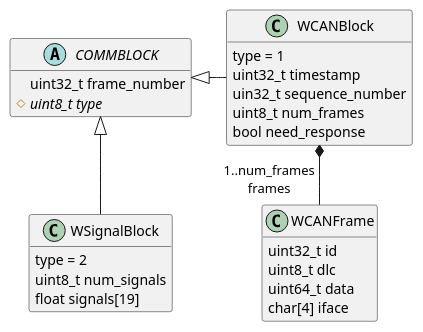
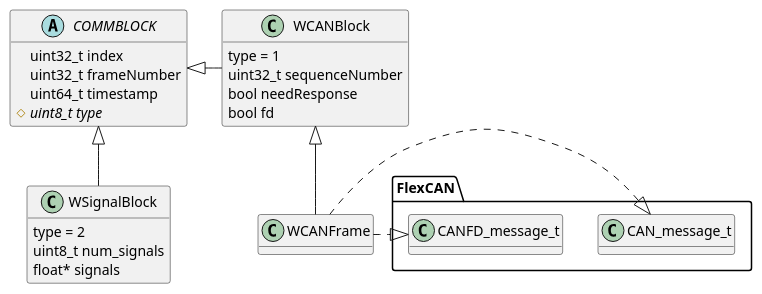
One commit to SystemsCyber/Software-Defined-Truck changed the diagram in Doc/Paper/images/data_structures.wsd. Above: the diagram before and after it, drawn with PlantUML. The commit also changed 19 other files, not shown here.

```diff
--- a/Doc/Paper/images/data_structures.wsd
+++ b/Doc/Paper/images/data_structures.wsd
@@ -1,37 +1,32 @@
 @startuml
 hide methods
     ' title <u>Communication Data Structures</u>
 
     abstract class COMMBLOCK{
-        ' uint32_t id
-        uint32_t frame_number
+        uint32_t index
+        uint32_t frameNumber
+        uint64_t timestamp
         {abstract} #uint8_t type
     }
 
     class WSignalBlock{
         type = 2
-        ' timestamp = NULL
         uint8_t num_signals
-        float signals[19]
+        float* signals
     }
     COMMBLOCK <|-d- WSignalBlock
 
     class WCANFrame{
-        uint32_t id
-        uint8_t dlc
-        uint64_t data
-        char[4] iface
     }
-    ' WCANFrame .|> FlexCAN.CAN_message_t
-    ' WCANFrame .|> FlexCAN.CANFD_message_t
+    WCANFrame .|> FlexCAN.CAN_message_t
+    WCANFrame .|> FlexCAN.CANFD_message_t
     class WCANBlock{
         type = 1
-        uint32_t timestamp
-        uin32_t sequence_number
-        uint8_t num_frames
-        bool need_response
+        uint32_t sequenceNumber
+        bool needResponse
+        bool fd
     }
 
     COMMBLOCK <|-r- WCANBlock
-    WCANBlock *-d-"1..num_frames\nframes"WCANFrame 
+    WCANBlock <|-- WCANFrame 
 @enduml
```
